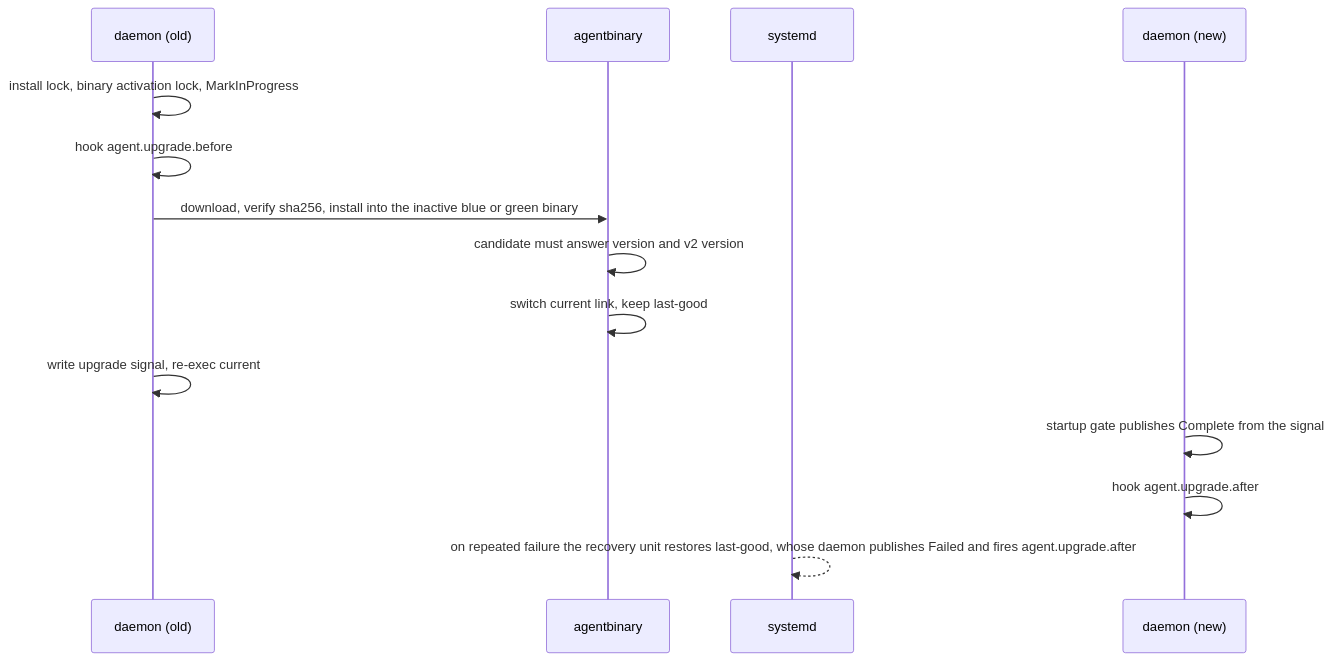
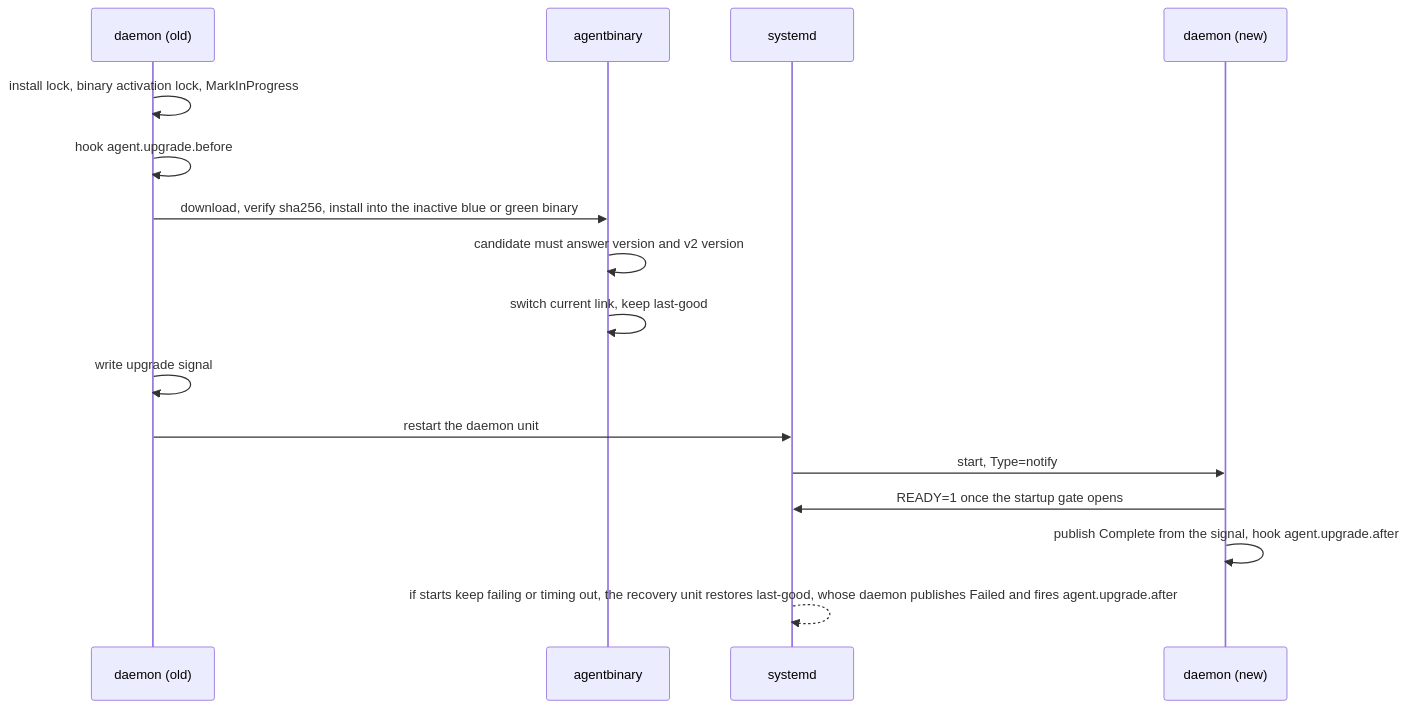
The fourth of 5 diagrams in designs/agent-v2/05-lifecycles.md (Azure/unbounded), drawn with Mermaid before and after one commit. The commit also changed other lines of this file and 8 other files, not shown here.

````diff
--- a/designs/agent-v2/05-lifecycles.md
+++ b/designs/agent-v2/05-lifecycles.md
@@ -180,16 +180,18 @@
 ```mermaid
 sequenceDiagram
   participant D as daemon (old)
   participant AB as agentbinary
   participant SD as systemd
   participant N as daemon (new)
   D->>D: install lock, binary activation lock, MarkInProgress
   D->>D: hook agent.upgrade.before
   D->>AB: download, verify sha256, install into the inactive blue or green binary
   AB->>AB: candidate must answer version and v2 version
   AB->>AB: switch current link, keep last-good
-  D->>D: write upgrade signal, re-exec current
-  N->>N: startup gate publishes Complete from the signal
-  N->>N: hook agent.upgrade.after
-  SD-->>SD: on repeated failure the recovery unit restores last-good, whose daemon publishes Failed and fires agent.upgrade.after
+  D->>D: write upgrade signal
+  D->>SD: restart the daemon unit
+  SD->>N: start, Type=notify
+  N->>SD: READY=1 once the startup gate opens
+  N->>N: publish Complete from the signal, hook agent.upgrade.after
+  SD-->>SD: if starts keep failing or timing out, the recovery unit restores last-good, whose daemon publishes Failed and fires agent.upgrade.after
 ```
````
